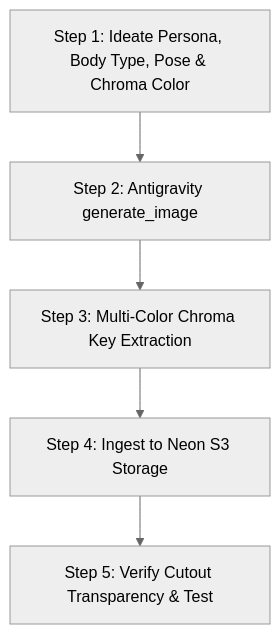
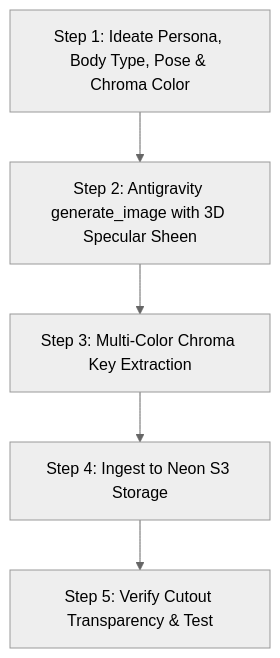
The diagram in .agents/skills/character-creator/SKILL.md (mstupp1/moltology), drawn with Mermaid (neutral theme) before and after one commit. The commit also changed other lines of this file and 8 other files, not shown here.

````diff
--- a/.agents/skills/character-creator/SKILL.md
+++ b/.agents/skills/character-creator/SKILL.md
@@ -69,7 +78,7 @@
 ```mermaid
 flowchart TD
-    A[Step 1: Ideate Persona, Body Type, Pose & Chroma Color] --> B[Step 2: Antigravity generate_image]
+    A[Step 1: Ideate Persona, Body Type, Pose & Chroma Color] --> B[Step 2: Antigravity generate_image with 3D Specular Sheen]
     B --> C[Step 3: Multi-Color Chroma Key Extraction]
     C --> D[Step 4: Ingest to Neon S3 Storage]
     D --> E[Step 5: Verify Cutout Transparency & Test]
 ```
````
